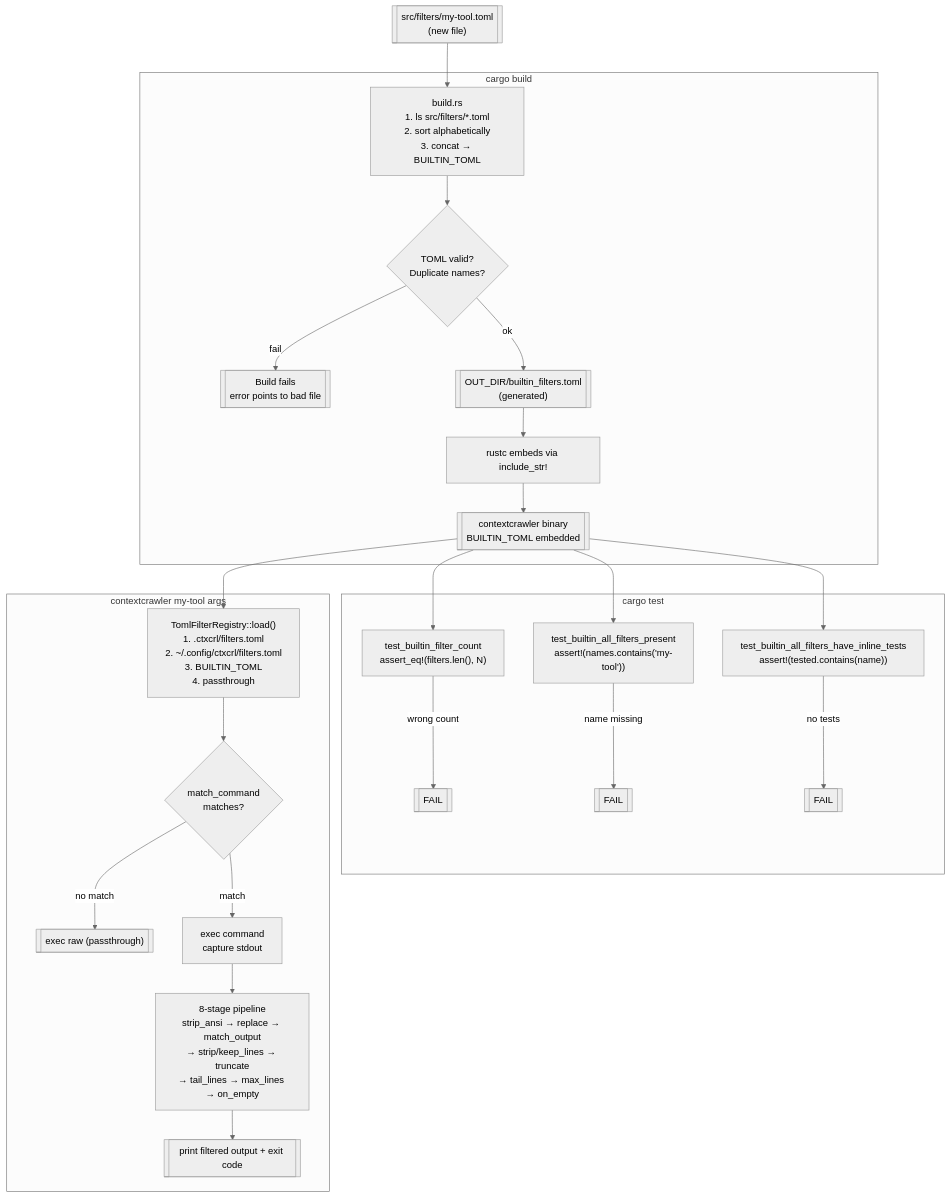
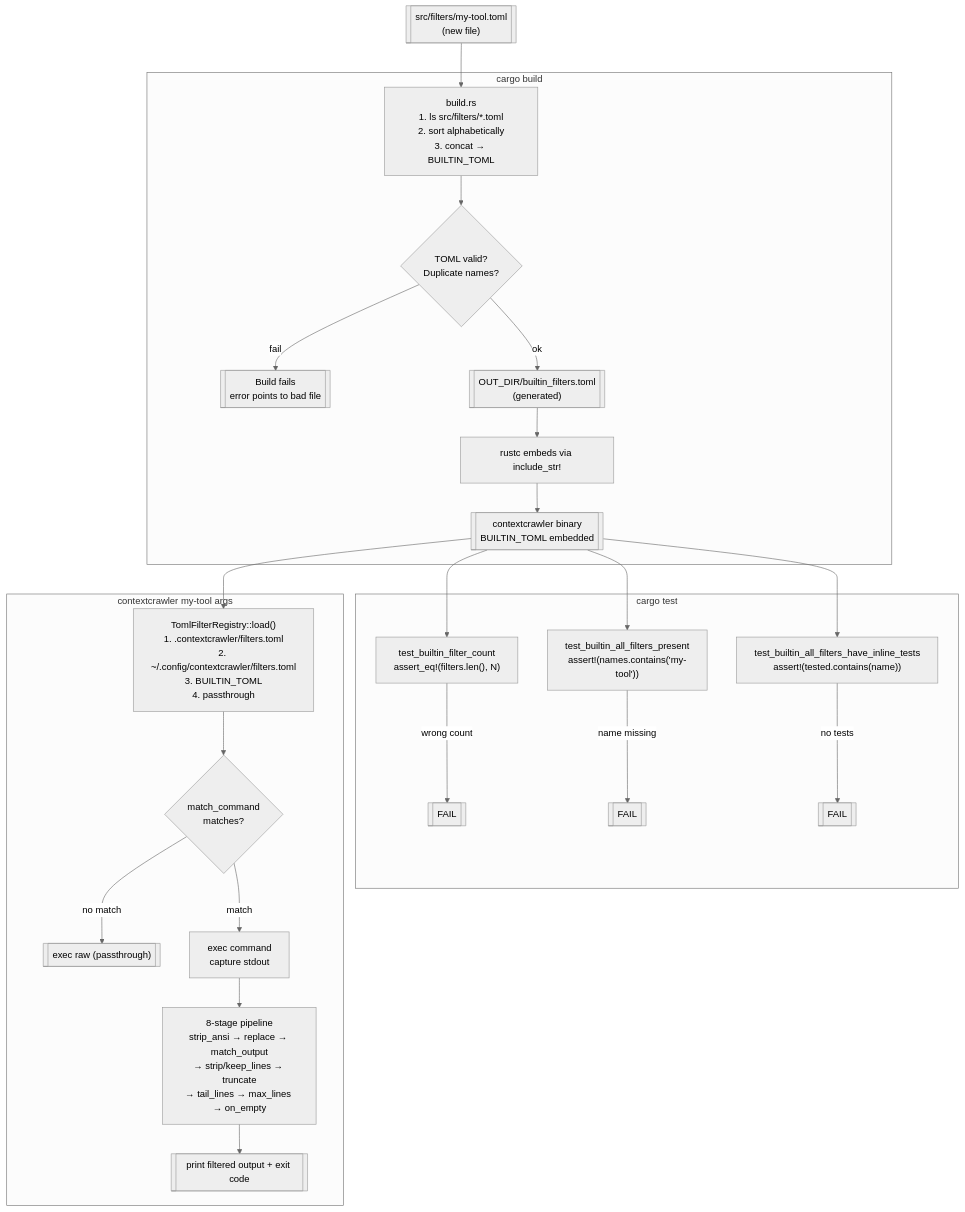
Before and after one commit to thehoff/contextcrawler: the first of 2 diagrams in src/filters/README.md, drawn with Mermaid (neutral theme). The commit also changed other lines of this file and 11 other files, not shown here.

First line of the commit message:
fix: load project filters from the directory migration already writes

````diff
--- a/src/filters/README.md
+++ b/src/filters/README.md
@@ -73,28 +73,28 @@
 ```mermaid
 flowchart TD
     A[["src/filters/my-tool.toml\n(new file)"]] --> B
 
     subgraph BUILD ["cargo build"]
         B["build.rs\n1. ls src/filters/*.toml\n2. sort alphabetically\n3. concat → BUILTIN_TOML"] --> C
         C{"TOML valid?\nDuplicate names?"} -->|"fail"| D[["Build fails\nerror points to bad file"]]
         C -->|"ok"| E[["OUT_DIR/builtin_filters.toml\n(generated)"]]
         E --> F["rustc embeds via include_str!"]
         F --> G[["contextcrawler binary\nBUILTIN_TOML embedded"]]
     end
 
     subgraph TESTS ["cargo test"]
         H["test_builtin_filter_count\nassert_eq!(filters.len(), N)"] -->|"wrong count"| I[["FAIL"]]
         J["test_builtin_all_filters_present\nassert!(names.contains('my-tool'))"] -->|"name missing"| K[["FAIL"]]
         L["test_builtin_all_filters_have_inline_tests\nassert!(tested.contains(name))"] -->|"no tests"| M[["FAIL"]]
     end
 
     subgraph RUNTIME ["contextcrawler my-tool args"]
-        R["TomlFilterRegistry::load()\n1. .ctxcrl/filters.toml\n2. ~/.config/ctxcrl/filters.toml\n3. BUILTIN_TOML\n4. passthrough"] --> S
+        R["TomlFilterRegistry::load()\n1. .contextcrawler/filters.toml\n2. ~/.config/contextcrawler/filters.toml\n3. BUILTIN_TOML\n4. passthrough"] --> S
         S{"match_command\nmatches?"} -->|"no match"| T[["exec raw (passthrough)"]]
         S -->|"match"| U["exec command\ncapture stdout"]
         U --> V["8-stage pipeline\nstrip_ansi → replace → match_output\n→ strip/keep_lines → truncate\n→ tail_lines → max_lines → on_empty"]
         V --> W[["print filtered output + exit code"]]
     end
 
     G --> H & J & L & R
 ```
````
